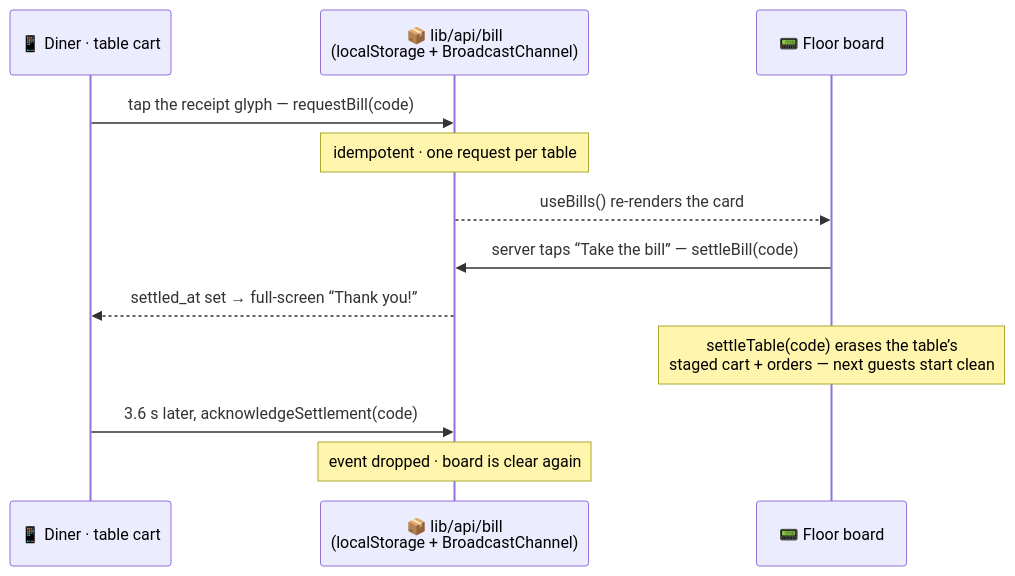
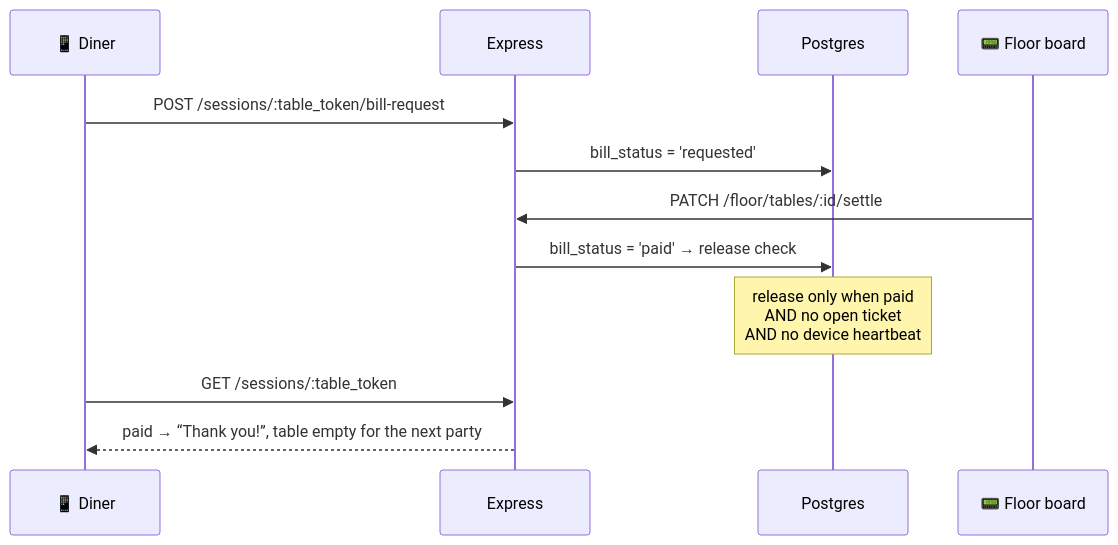
The fourth of 7 diagrams in README.md (shouryabrightland/AeyChhotu), drawn with Mermaid before and after one commit. The commit also changed other lines of this file and 12 other files, not shown here.

````diff
--- a/README.md
+++ b/README.md
@@ -238,15 +327,15 @@
 ```mermaid
 sequenceDiagram
-    participant D as 📱 Diner · table cart
-    participant B as 📦 lib/api/bill<br/>(localStorage + BroadcastChannel)
+    participant D as 📱 Diner
+    participant API as Express
+    participant DB as Postgres
     participant F as 📟 Floor board
 
-    D->>B: tap the receipt glyph — requestBill(code)
-    Note over B: idempotent · one request per table
-    B-->>F: useBills() re-renders the card
-    F->>B: server taps “Take the bill” — settleBill(code)
-    B-->>D: settled_at set → full-screen “Thank you!”
-    Note over F: settleTable(code) erases the table’s<br/>staged cart + orders — next guests start clean
-    D->>B: 3.6 s later, acknowledgeSettlement(code)
-    Note over B: event dropped · board is clear again
+    D->>API: POST /sessions/:table_token/bill-request
+    API->>DB: bill_status = 'requested'
+    F->>API: PATCH /floor/tables/:id/settle
+    API->>DB: bill_status = 'paid' → release check
+    Note over DB: release only when paid<br/>AND no open ticket<br/>AND no device heartbeat
+    D->>API: GET /sessions/:table_token
+    API-->>D: paid → “Thank you!”, table empty for the next party
 ```
````
